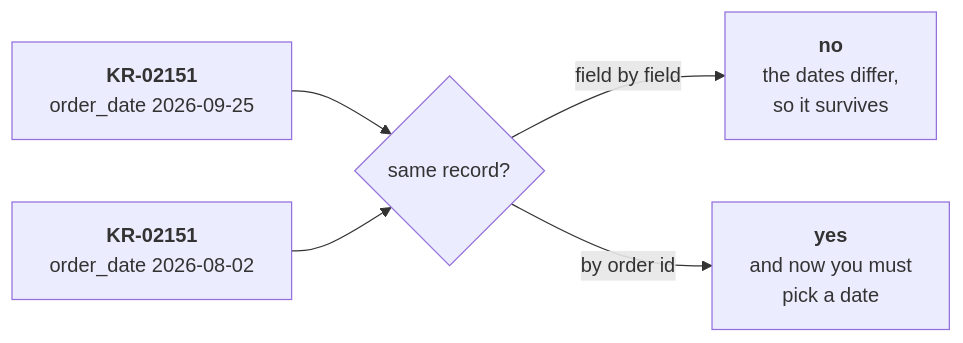
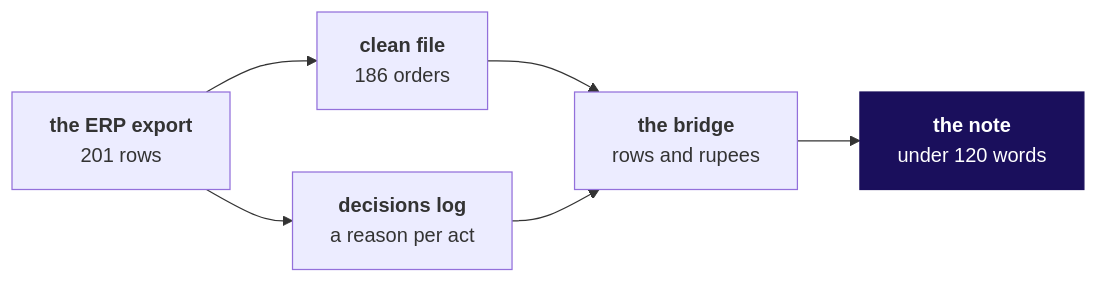
One commit to fde-academy-lab/c2-content-factory changed the first of 6 diagrams in content/W01/D3/slides/C2_W01_D03_half2_STUDENT.md. Above: the diagram before and after it, drawn with Mermaid. The commit also changed other lines of this file and 3 other files, not shown here.

````diff
--- a/content/W01/D3/slides/C2_W01_D03_half2_STUDENT.md
+++ b/content/W01/D3/slides/C2_W01_D03_half2_STUDENT.md
@@ -31,7 +49,10 @@
 ```mermaid
 flowchart LR
-    A["<b>KR-02151</b><br/>order_date 2026-09-25"] --> C{"same record?"}
-    B["<b>KR-02151</b><br/>order_date 2026-08-02"] --> C
-    C -->|"field by field"| D["<b>no</b><br/>the dates differ,<br/>so it survives"]
-    C -->|"by order id"| E["<b>yes</b><br/>and now you must<br/>pick a date"]
+    F["<b>the ERP export</b><br/>201 rows"] --> C["<b>clean file</b><br/>186 orders"]
+    F --> L["<b>decisions log</b><br/>a reason per act"]
+    C --> B["<b>the bridge</b><br/>rows and rupees"]
+    L --> B
+    B --> N["<b>the note</b><br/>under 120 words"]
+    classDef bet fill:#1A0F5C,stroke:#1A0F5C,color:#FFFFFF
+    class N bet
 ```
````
